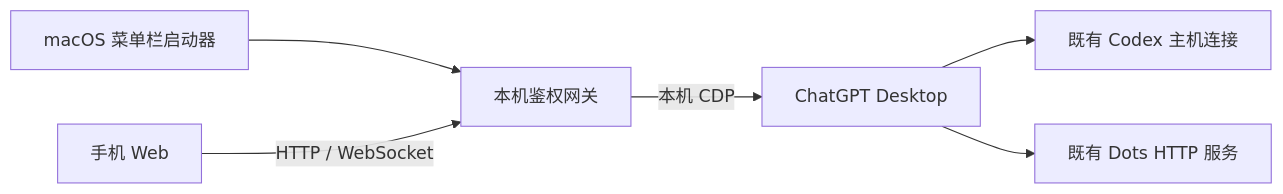
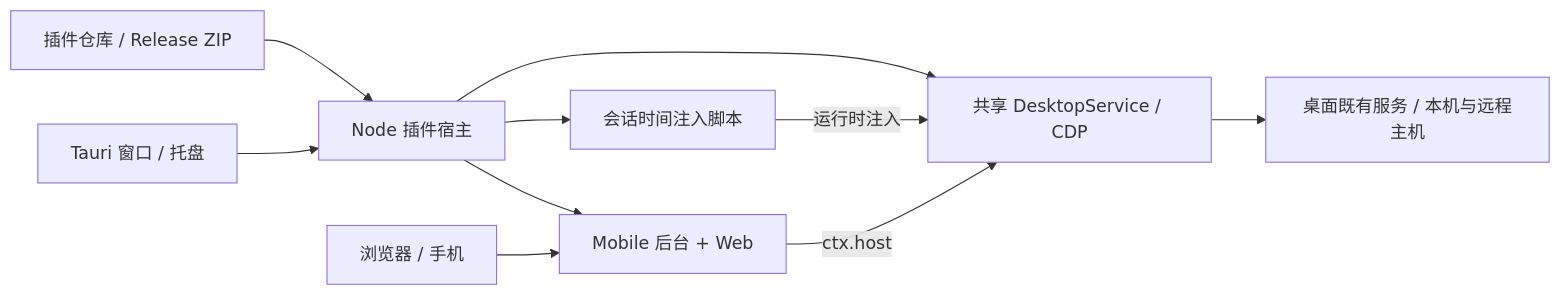
One commit to loock-ai/codex-launcher changed the diagram in README.md. Above: the diagram before and after it, drawn with Mermaid. The commit also changed other lines of this file and 11 other files, not shown here.

````diff
--- a/README.md
+++ b/README.md
@@ -151,8 +79,12 @@
 ```mermaid
 flowchart LR
-    L["macOS 菜单栏启动器"] --> G["本机鉴权网关"]
-    P["手机 Web"] -->|HTTP / WebSocket| G
-    G -->|本机 CDP| D["ChatGPT Desktop"]
-    D --> C["既有 Codex 主机连接"]
-    D --> T["既有 Dots HTTP 服务"]
+    UI["Tauri 窗口 / 托盘"] --> HOST["Node 插件宿主"]
+    REPO["插件仓库 / Release ZIP"] --> HOST
+    HOST --> MOBILE["Mobile 后台 + Web"]
+    HOST --> TIME["会话时间注入脚本"]
+    HOST --> DESKTOP["共享 DesktopService / CDP"]
+    PHONE["浏览器 / 手机"] --> MOBILE
+    MOBILE -->|"ctx.host"| DESKTOP
+    TIME -->|"运行时注入"| DESKTOP
+    DESKTOP --> APP["桌面既有服务 / 本机与远程主机"]
 ```
````
